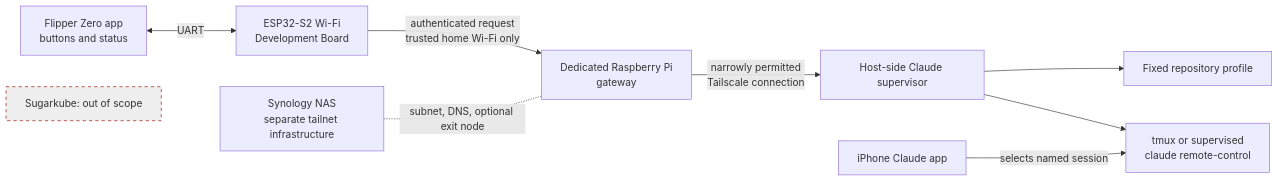
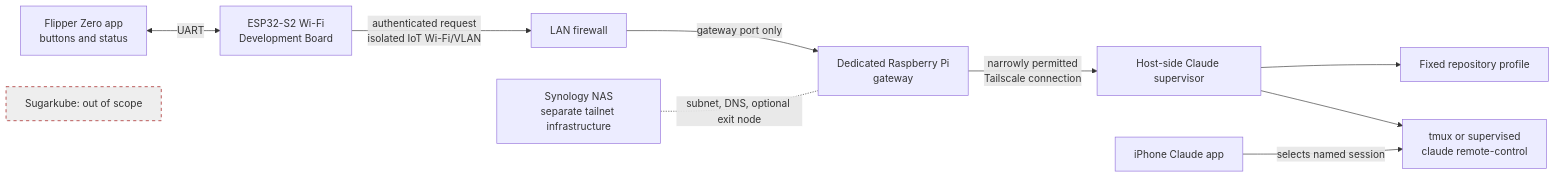
The third of 3 diagrams in docs/design/remote-claude-code-control.md (futuroptimist/axel), drawn with Mermaid before and after one commit. The commit also changed other lines of this file, not shown here.

Commit message:
docs: isolate remote control gateway from LAN

````diff
--- a/docs/design/remote-claude-code-control.md
+++ b/docs/design/remote-claude-code-control.md
@@ -261,13 +261,14 @@
 ```mermaid
 flowchart LR
     Flipper[Flipper Zero app\nbuttons and status] <-->|UART| ESP[ESP32-S2 Wi-Fi\nDevelopment Board]
-    ESP -->|authenticated request\ntrusted home Wi-Fi only| Gateway[Dedicated Raspberry Pi\ngateway]
+    ESP -->|authenticated request\nisolated IoT Wi-Fi/VLAN| Firewall[LAN firewall]
+    Firewall -->|gateway port only| Gateway[Dedicated Raspberry Pi\ngateway]
     Gateway -->|narrowly permitted\nTailscale connection| Supervisor[Host-side Claude supervisor]
     Supervisor --> Profile[Fixed repository profile]
     Supervisor --> Session[tmux or supervised\nclaude remote-control]
     Phone[iPhone Claude app] -->|selects named session| Session
     NAS[Synology NAS\nseparate tailnet infrastructure]
     NAS -. subnet, DNS, optional exit node .- Gateway
     Outside[Sugarkube: out of scope]:::blocked
     classDef blocked fill:#eee,stroke:#900,stroke-dasharray: 5 5
 ```
````
